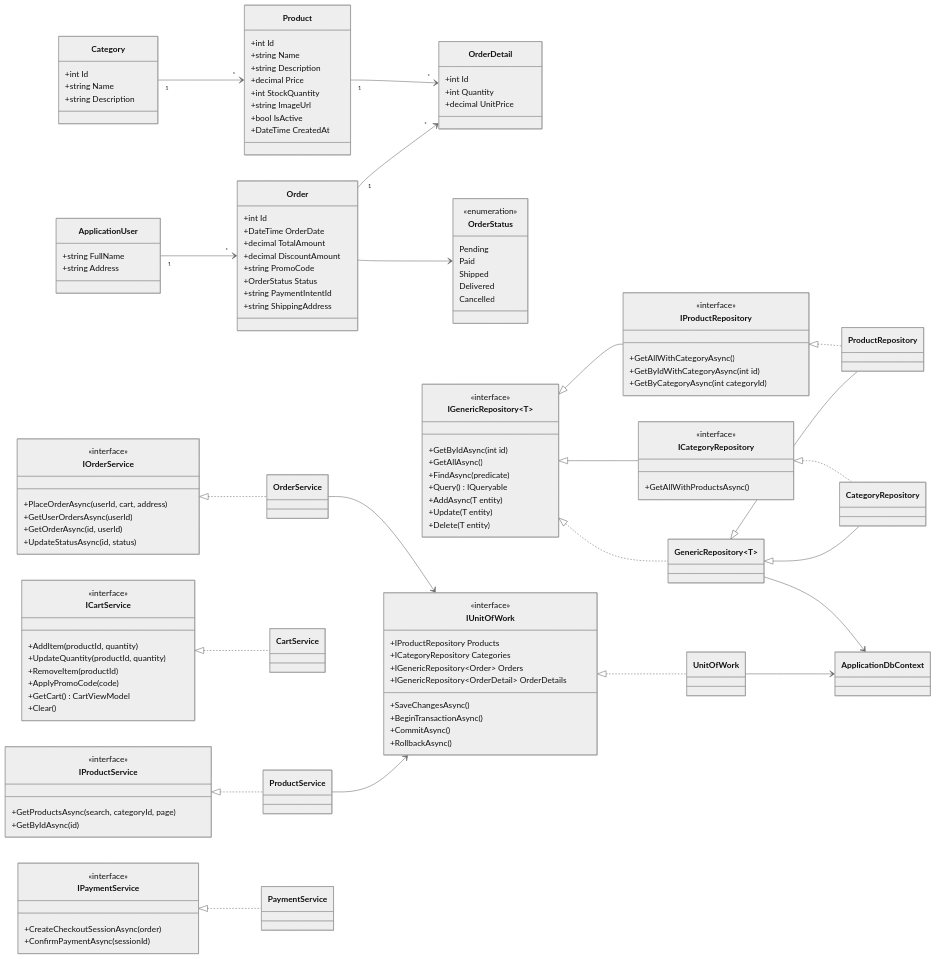
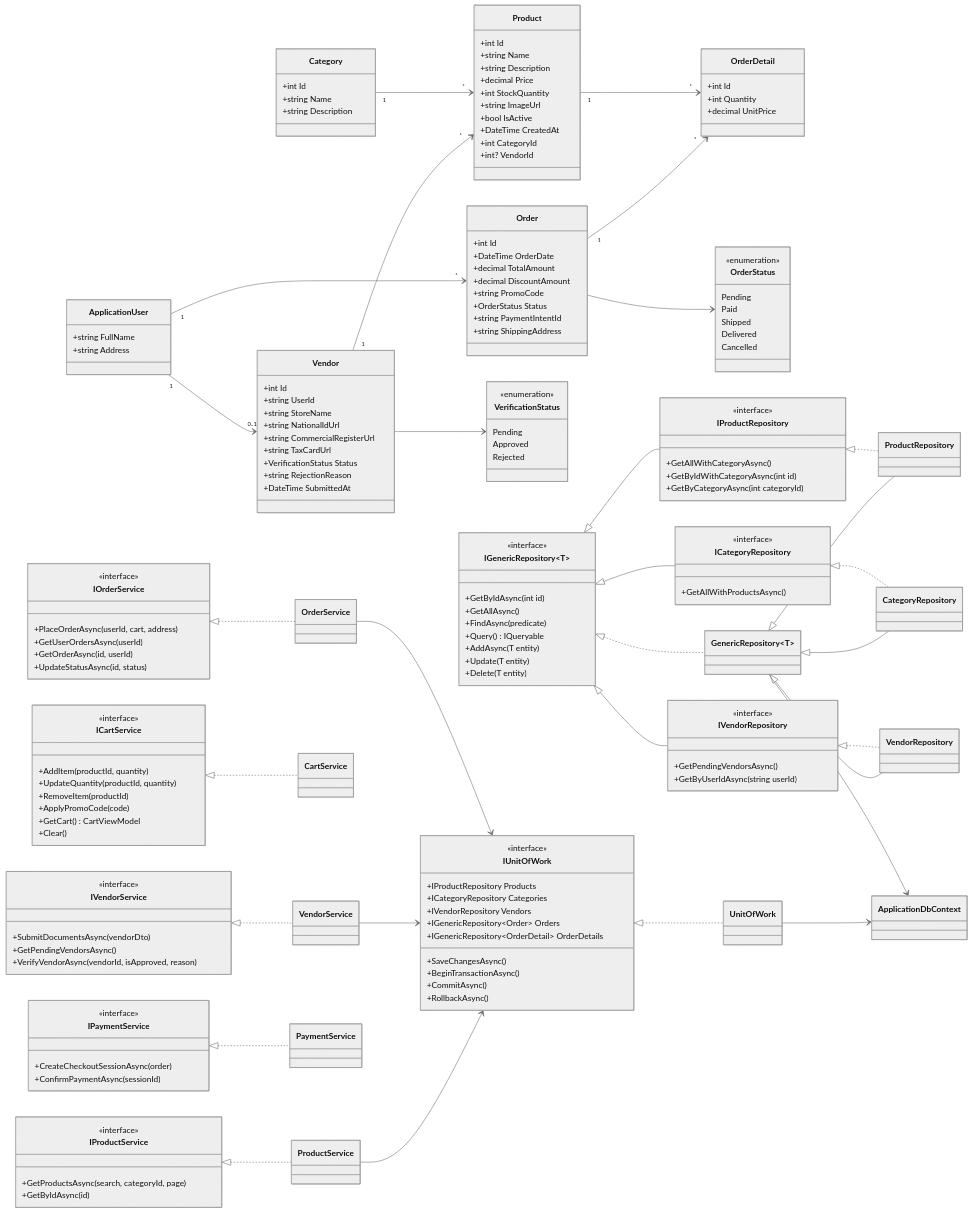
Before and after one commit to ahmadalrudiny/Techxpress_DEPI_Project: the second of 2 diagrams in docs/System-Analysis-Design/03-Database-Design.md, drawn with Mermaid (neutral theme). The commit also changed other lines of this file, not shown here.

````diff
--- a/docs/System-Analysis-Design/03-Database-Design.md
+++ b/docs/System-Analysis-Design/03-Database-Design.md
@@ -135,6 +166,17 @@
     class ApplicationUser {
         +string FullName
         +string Address
+    }
+    class Vendor {
+        +int Id
+        +string UserId
+        +string StoreName
+        +string NationalIdUrl
+        +string CommercialRegisterUrl
+        +string TaxCardUrl
+        +VerificationStatus Status
+        +string RejectionReason
+        +DateTime SubmittedAt
     }
     class Category {
         +int Id
@@ -150,6 +192,8 @@
         +string ImageUrl
         +bool IsActive
         +DateTime CreatedAt
+        +int CategoryId
+        +int? VendorId
     }
     class Order {
         +int Id
@@ -174,12 +218,21 @@
         Delivered
         Cancelled
     }
+    class VerificationStatus {
+        <<enumeration>>
+        Pending
+        Approved
+        Rejected
+    }
 
+    ApplicationUser "1" --> "0..1" Vendor
     ApplicationUser "1" --> "*" Order
+    Vendor "1" --> "*" Product
     Category "1" --> "*" Product
     Order "1" --> "*" OrderDetail
     Product "1" --> "*" OrderDetail
     Order --> OrderStatus
+    Vendor --> VerificationStatus
 
     class IGenericRepository~T~ {
         <<interface>>
@@ -202,12 +255,19 @@
         <<interface>>
         +GetAllWithProductsAsync()
     }
+    class IVendorRepository {
+        <<interface>>
+        +GetPendingVendorsAsync()
+        +GetByUserIdAsync(string userId)
+    }
     class ProductRepository
     class CategoryRepository
+    class VendorRepository
     class IUnitOfWork {
         <<interface>>
         +IProductRepository Products
         +ICategoryRepository Categories
+        +IVendorRepository Vendors
         +IGenericRepository~Order~ Orders
         +IGenericRepository~OrderDetail~ OrderDetails
         +SaveChangesAsync()
@@ -221,10 +281,13 @@
     IGenericRepository~T~ <|.. GenericRepository~T~
     IGenericRepository~T~ <|-- IProductRepository
     IGenericRepository~T~ <|-- ICategoryRepository
+    IGenericRepository~T~ <|-- IVendorRepository
     GenericRepository~T~ <|-- ProductRepository
     GenericRepository~T~ <|-- CategoryRepository
+    GenericRepository~T~ <|-- VendorRepository
     IProductRepository <|.. ProductRepository
     ICategoryRepository <|.. CategoryRepository
+    IVendorRepository <|.. VendorRepository
     IUnitOfWork <|.. UnitOfWork
     UnitOfWork --> ApplicationDbContext
     GenericRepository~T~ --> ApplicationDbContext
@@ -233,6 +296,12 @@
         <<interface>>
         +GetProductsAsync(search, categoryId, page)
         +GetByIdAsync(id)
+    }
+    class IVendorService {
+        <<interface>>
+        +SubmitDocumentsAsync(vendorDto)
+        +GetPendingVendorsAsync()
+        +VerifyVendorAsync(vendorId, isApproved, reason)
     }
     class ICartService {
         <<interface>>
@@ -256,14 +325,17 @@
         +ConfirmPaymentAsync(sessionId)
     }
     class ProductService
+    class VendorService
     class CartService
     class OrderService
     class PaymentService
 
     IProductService <|.. ProductService
+    IVendorService <|.. VendorService
     ICartService <|.. CartService
     IOrderService <|.. OrderService
     IPaymentService <|.. PaymentService
     ProductService --> IUnitOfWork
+    VendorService --> IUnitOfWork
     OrderService --> IUnitOfWork
 ```
````
